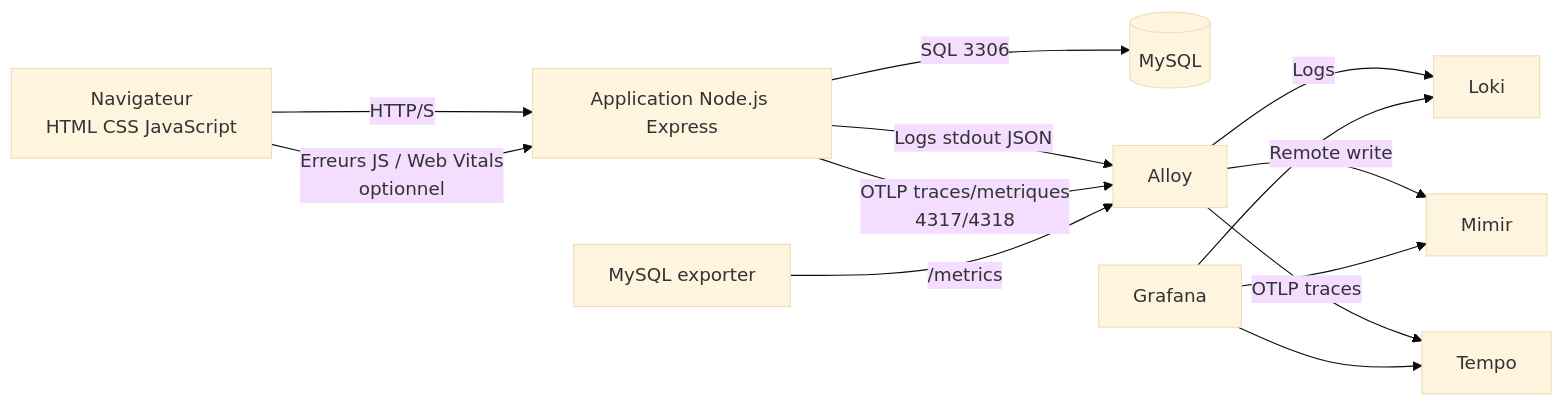
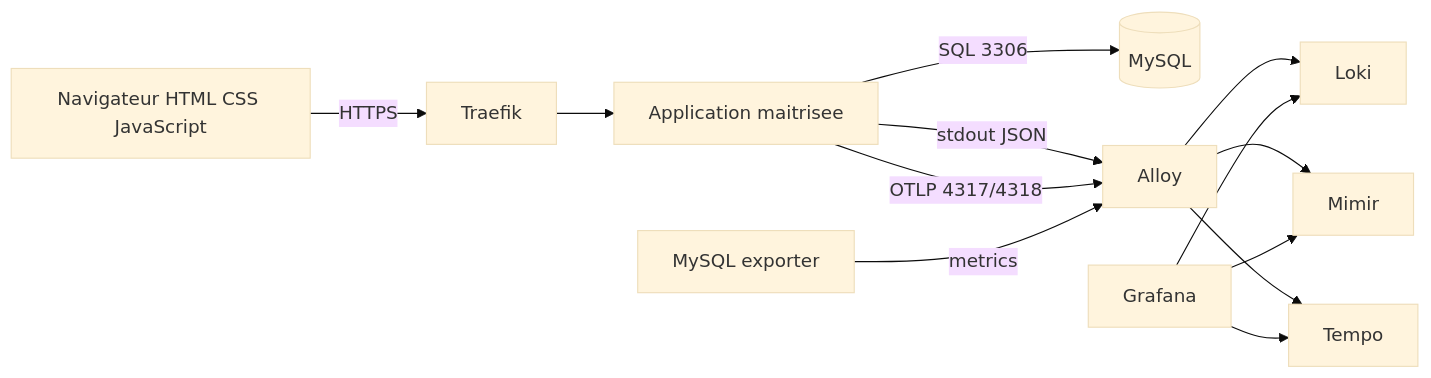
One commit to Techapple78/Deploy_LGTM changed the diagram in docs/integrations/01-html-css-js-mysql-lgtm.md. Above: the diagram before and after it, drawn with Mermaid (base theme). The commit also changed other lines of this file and 23 other files, not shown here.

````diff
--- a/docs/integrations/01-html-css-js-mysql-lgtm.md
+++ b/docs/integrations/01-html-css-js-mysql-lgtm.md
@@ -31,18 +22,15 @@
 ```mermaid
 flowchart LR
-  Browser[Navigateur\nHTML CSS JavaScript] -->|HTTP/S| WebApp[Application Node.js Express]
-  WebApp -->|SQL 3306| MySQL[(MySQL)]
-
-  Browser -->|Erreurs JS / Web Vitals\noptionnel| WebApp
-  WebApp -->|Logs stdout JSON| Alloy[Alloy]
-  WebApp -->|OTLP traces/metriques\n4317/4318| Alloy
-  MySQLExporter[MySQL exporter] -->|/metrics| Alloy
-
-  Alloy -->|Logs| Loki[Loki]
-  Alloy -->|Remote write| Mimir[Mimir]
-  Alloy -->|OTLP traces| Tempo[Tempo]
-
+  Browser[Navigateur HTML CSS JavaScript] -->|HTTPS| Ingress[Traefik]
+  Ingress --> App[Application maitrisee]
+  App -->|SQL 3306| MySQL[(MySQL)]
+  App -->|stdout JSON| Alloy[Alloy]
+  App -->|OTLP 4317/4318| Alloy
+  MySQLExporter[MySQL exporter] -->|metrics| Alloy
+  Alloy --> Loki[Loki]
+  Alloy --> Mimir[Mimir]
+  Alloy --> Tempo[Tempo]
   Grafana[Grafana] --> Loki
   Grafana --> Mimir
   Grafana --> Tempo
 ```
````
